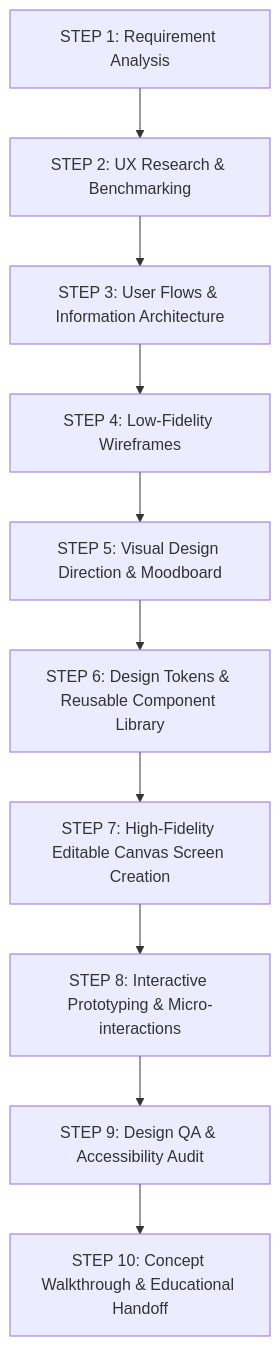
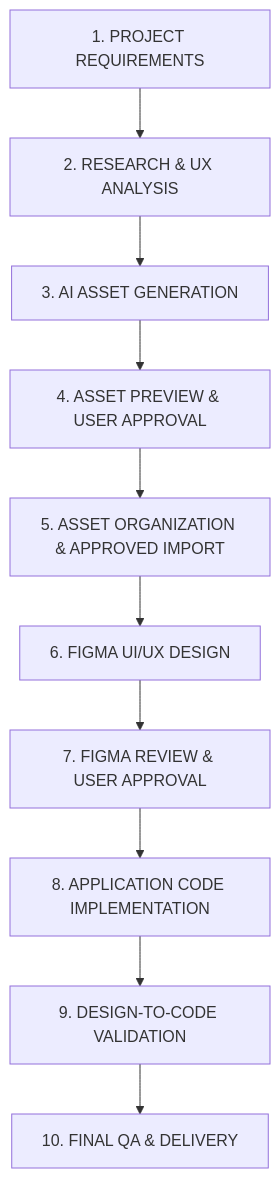
Before and after one commit to rik9922/Figma: the diagram in AGENTS.md, drawn with Mermaid. The commit also changed other lines of this file and 32 other files, not shown here.

Commit message:
feat(architecture): transform into reusable multi-project design-to-code workspace with project templates, automation CLI, and pipeline isolation

````diff
--- a/AGENTS.md
+++ b/AGENTS.md
@@ -109,12 +19,12 @@
 ```mermaid
 flowchart TD
-    S1[STEP 1: Requirement Analysis] --> S2[STEP 2: UX Research & Benchmarking]
-    S2 --> S3[STEP 3: User Flows & Information Architecture]
-    S3 --> S4[STEP 4: Low-Fidelity Wireframes]
-    S4 --> S5[STEP 5: Visual Design Direction & Moodboard]
-    S5 --> S6[STEP 6: Design Tokens & Reusable Component Library]
-    S6 --> S7[STEP 7: High-Fidelity Editable Canvas Screen Creation]
-    S7 --> S8[STEP 8: Interactive Prototyping & Micro-interactions]
-    S8 --> S9[STEP 9: Design QA & Accessibility Audit]
-    S9 --> S10[STEP 10: Concept Walkthrough & Educational Handoff]
+    S1["1. PROJECT REQUIREMENTS"] --> S2["2. RESEARCH & UX ANALYSIS"]
+    S2 --> S3["3. AI ASSET GENERATION"]
+    S3 --> S4["4. ASSET PREVIEW & USER APPROVAL"]
+    S4 --> S5["5. ASSET ORGANIZATION & APPROVED IMPORT"]
+    S5 --> S6["6. FIGMA UI/UX DESIGN"]
+    S6 --> S7["7. FIGMA REVIEW & USER APPROVAL"]
+    S7 --> S8["8. APPLICATION CODE IMPLEMENTATION"]
+    S8 --> S9["9. DESIGN-TO-CODE VALIDATION"]
+    S9 --> S10["10. FINAL QA & DELIVERY"]
 ```
````
